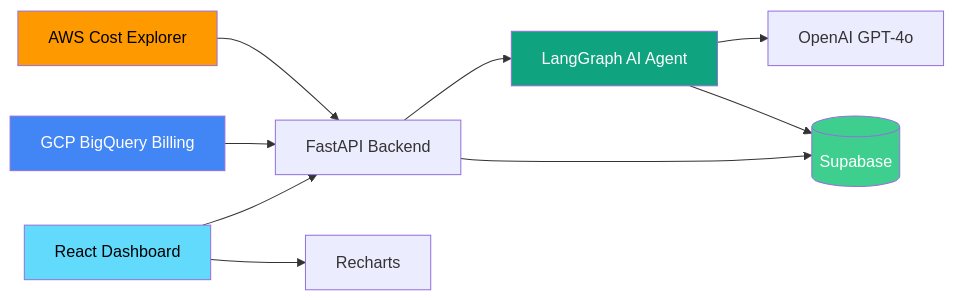
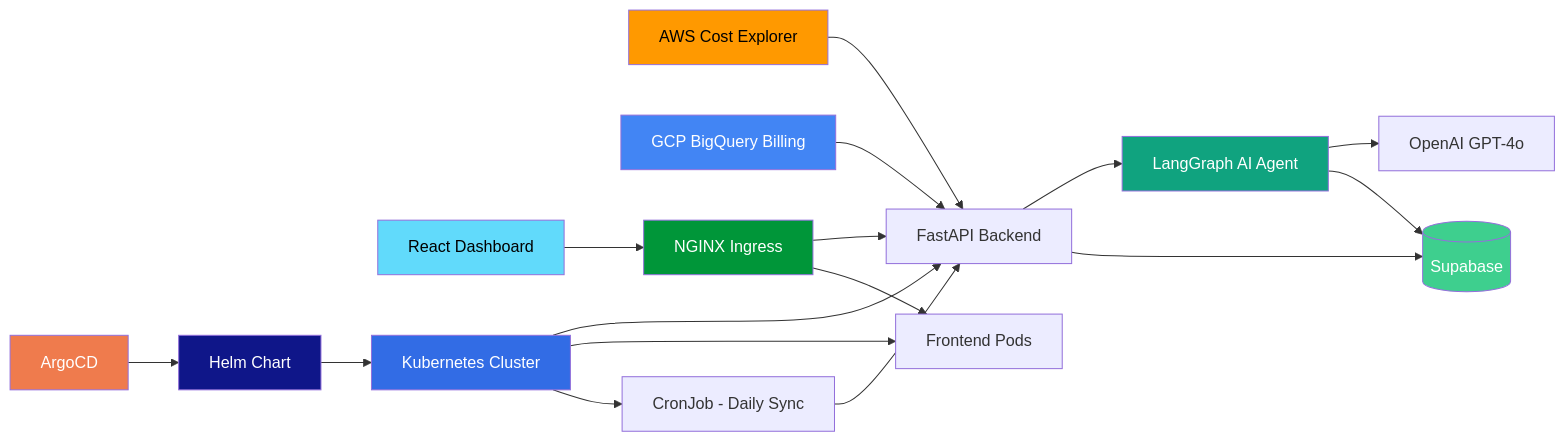
The diagram in README.md (MohamedGouda99/cloud-cost-optimizer), drawn with Mermaid before and after one commit. The commit also changed other lines of this file, not shown here.

Commit message:
Update README with Kubernetes, Helm, and ArgoCD documentation

````diff
--- a/README.md
+++ b/README.md
@@ -7,17 +7,28 @@
 ```mermaid
 graph LR
     AWS[AWS Cost Explorer] --> API[FastAPI Backend]
     GCP[GCP BigQuery Billing] --> API
     API --> Agent[LangGraph AI Agent]
     Agent --> LLM[OpenAI GPT-4o]
     API --> DB[(Supabase)]
     Agent --> DB
-    UI[React Dashboard] --> API
-    UI --> Charts[Recharts]
+    UI[React Dashboard] --> Ingress[NGINX Ingress]
+    Ingress --> API
+    Ingress --> FE[Frontend Pods]
+    CJ[CronJob - Daily Sync] --> API
+    Helm[Helm Chart] --> K8s[Kubernetes Cluster]
+    Argo[ArgoCD] --> Helm
+    K8s --> API
+    K8s --> FE
+    K8s --> CJ
 
     style AWS fill:#FF9900,color:#000
     style GCP fill:#4285F4,color:#fff
     style Agent fill:#10A37F,color:#fff
     style DB fill:#3ECF8E,color:#fff
     style UI fill:#61DAFB,color:#000
+    style K8s fill:#326CE5,color:#fff
+    style Argo fill:#EF7B4D,color:#fff
+    style Helm fill:#0F1689,color:#fff
+    style Ingress fill:#009639,color:#fff
 ```
````
